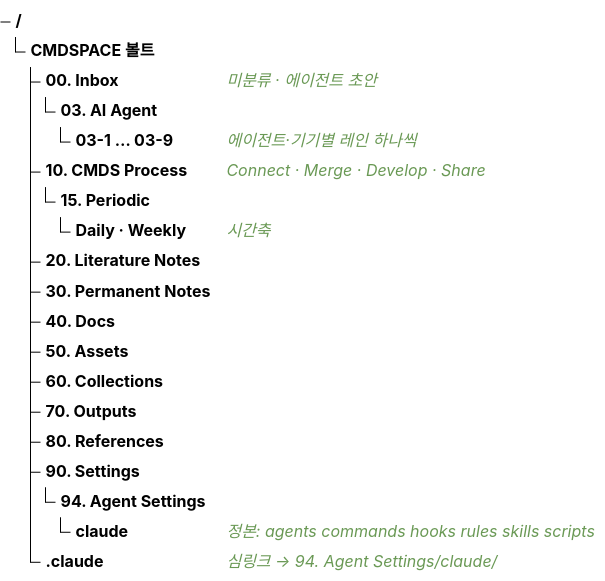
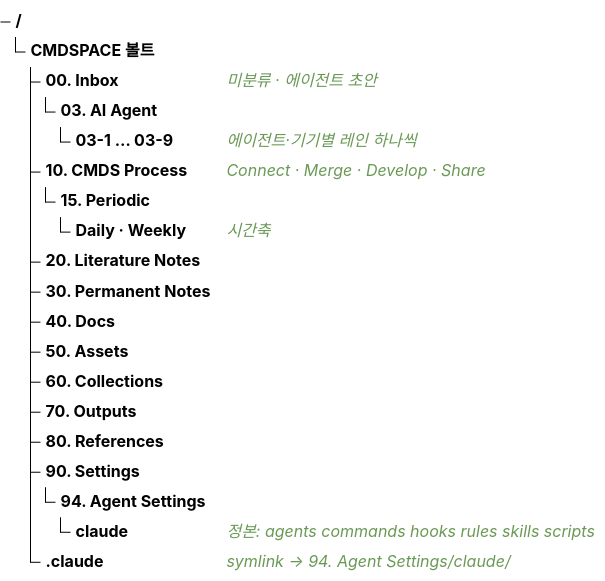
One commit to johnfkoo951/cmds-system-files changed the diagram in diagrams/src/vault-tree-ko.md. Above: the diagram before and after it, drawn with Mermaid (forest theme). The commit also changed other lines of this file and 20 other files, not shown here.

Commit message:
site: diagrams after reviewer pass (tighter labels, one-sentence captions, who-reads-what as flowchart) + copy refresh

````diff
--- a/diagrams/src/vault-tree-ko.md
+++ b/diagrams/src/vault-tree-ko.md
@@ -1,24 +1,24 @@
 ```mermaid
 treeView-beta
 %% @name: vault-tree-ko
-%% @alt: CMDS 볼트의 폴더 트리. 루트 폴더 10개(00~90), 00. Inbox 아래 에이전트 레인 03-1~03-9, 10. CMDS Process/15. Periodic 아래 Daily·Weekly, 에이전트 설정 정본 90. Settings/94. Agent Settings/claude/ 와 그곳을 가리키는 .claude/ 심링크.
+%% @alt: CMDS 볼트의 폴더 트리. 루트 폴더 10개(00~90), 00. Inbox 아래 에이전트 레인 03-1~03-9, 10. CMDS Process/15. Periodic 아래 Daily·Weekly, 에이전트 설정 정본 90. Settings/94. Agent Settings/claude/, 그리고 그곳을 가리키는 .claude/ symlink.
 %% @key: claude
   CMDSPACE 볼트/
     00. Inbox/ ## 미분류 · 에이전트 초안
       03. AI Agent/
         03-1 … 03-9/ ## 에이전트·기기별 레인 하나씩
     10. CMDS Process/ ## Connect · Merge · Develop · Share
       15. Periodic/
         Daily · Weekly/ ## 시간축
     20. Literature Notes/
     30. Permanent Notes/
     40. Docs/
     50. Assets/
     60. Collections/
     70. Outputs/
     80. References/
     90. Settings/
       94. Agent Settings/
         claude/ ## 정본: agents commands hooks rules skills scripts
-    .claude/ ## 심링크 → 94. Agent Settings/claude/
+    .claude/ ## symlink → 94. Agent Settings/claude/
 ```
````
